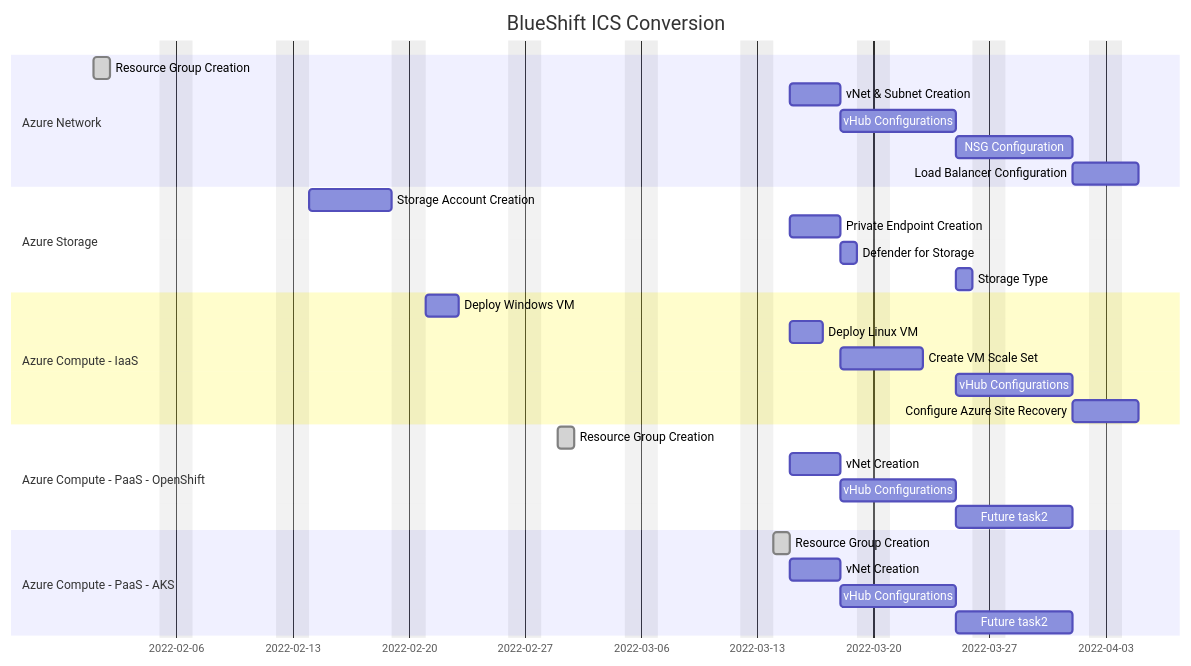
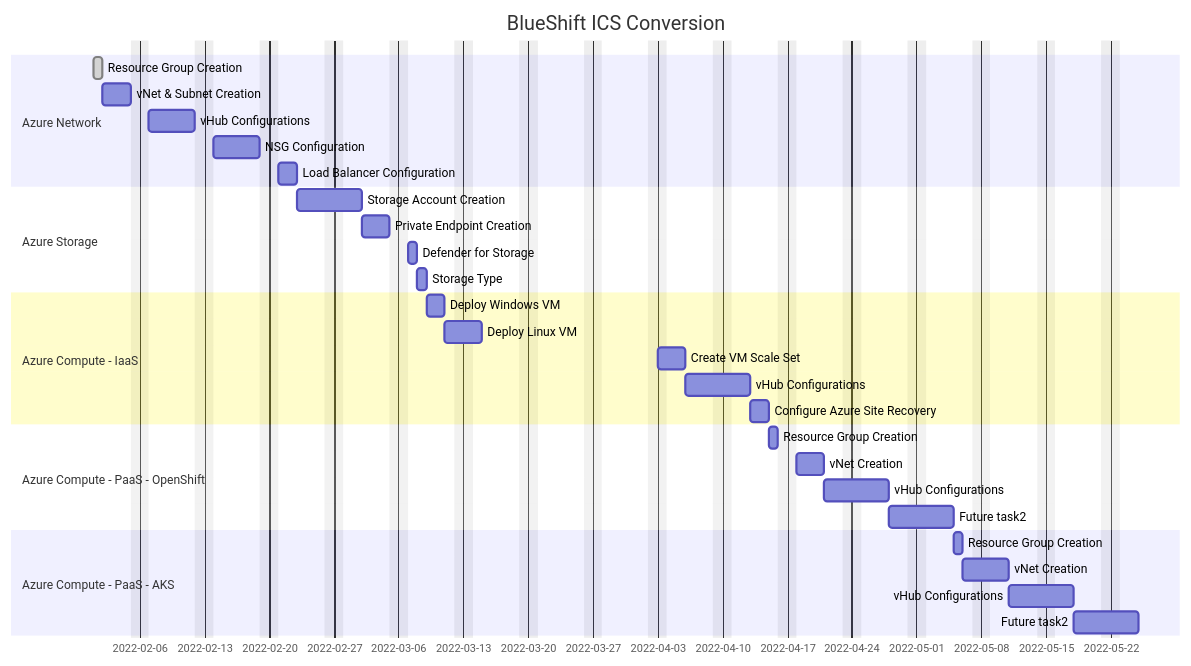
Before and after one commit to slagathor34/awx-lab: the first of 2 diagrams in README.md, drawn with Mermaid.

Commit message:
gantt update

````diff
--- a/README.md
+++ b/README.md
@@ -5,38 +5,38 @@
 ```mermaid
 gantt
     dateFormat  YYYY-MM-DD
     title       BlueShift ICS Conversion
     excludes    weekends
 
     section Azure Network
     Resource Group Creation           :done, des1, 2022-02-01, 1d
     vNet & Subnet Creation            :des2, after des1, 3d
     vHub Configurations               :des3, after des2, 5d
     NSG Configuration                 :des4, after des3, 5d
     Load Balancer Configuration       :des5, after des4, 2d
 
     section Azure Storage
-    Storage Account Creation          :des1, 2022-02-14, 5d
-    Private Endpoint Creation         :des2, after des1, 3d
-    Defender for Storage              :des3, after des2, 1d
-    Storage Type                      :des4, after des3, 1d
+    Storage Account Creation          :des6, after des5, 5d
+    Private Endpoint Creation         :des7, after des6, 3d
+    Defender for Storage              :des8, after des7, 1d
+    Storage Type                      :des9, after des8, 1d
 
     section Azure Compute - IaaS
-    Deploy Windows VM                 :des1, 2022-02-21, 2d
-    Deploy Linux VM                   :dest2, after des1, 2d
-    Create VM Scale Set               :des3, after des2, 3d
-    vHub Configurations               :des4, after des3, 5d
-    Configure Azure Site Recovery     :des5, after des4, 2d
+    Deploy Windows VM                 :des10, after des9, 2d
+    Deploy Linux VM                   :dest11, after des10, 2d
+    Create VM Scale Set               :des12, after des11, 3d
+    vHub Configurations               :des13, after des12, 5d
+    Configure Azure Site Recovery     :des14, after des13, 2d
 
     section Azure Compute - PaaS - OpenShift
-    Resource Group Creation           :done, des1, 2022-03-01, 1d
-    vNet Creation                     :des2, after des1, 3d
-    vHub Configurations               :des3, after des2, 5d
-    Future task2                      :des4, after des3, 5d
+    Resource Group Creation           :des15, after des14, 1d
+    vNet Creation                     :des16, after des15, 3d
+    vHub Configurations               :des17, after des16, 5d
+    Future task2                      :des18, after des17, 5d
 
     section Azure Compute - PaaS - AKS
-    Resource Group Creation           :done, des1, 2022-03-14, 1d
-    vNet Creation                     :des2, after des1, 3d
-    vHub Configurations               :des3, after des2, 5d
-    Future task2                      :des4, after des3, 5d
+    Resource Group Creation           :des19, after des18, 1d
+    vNet Creation                     :des20, after des19, 3d
+    vHub Configurations               :des21, after des20, 5d
+    Future task2                      :des22, after des21, 5d
 ```
````
